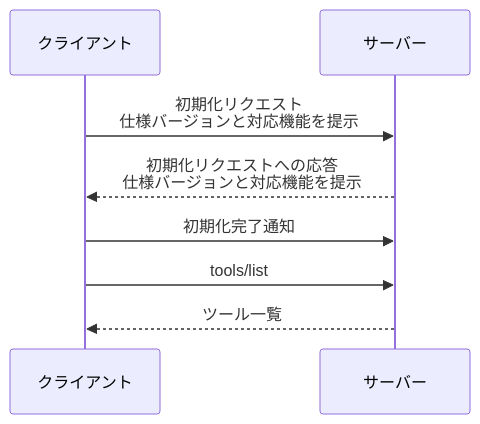
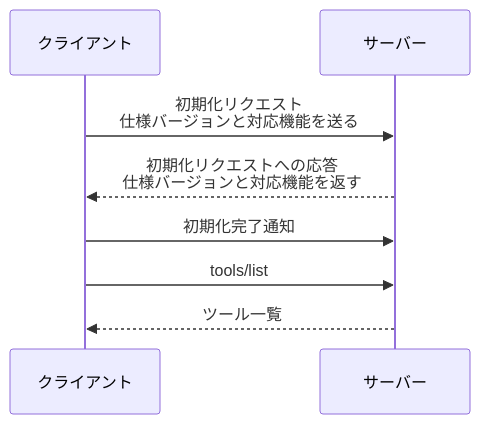
Before and after one commit to yamazaki-yuki-23/qiita-tech-blogs: the third of 6 diagrams in public/2026-08-mcp-2026-07-28.md, drawn with Mermaid. The commit also changed other lines of this file, not shown here.

````diff
--- a/public/2026-08-mcp-2026-07-28.md
+++ b/public/2026-08-mcp-2026-07-28.md
@@ -129,11 +131,11 @@
 ```mermaid
 sequenceDiagram
     participant C as クライアント
     participant S as サーバー
 
-    C->>S: 初期化リクエスト<br/>仕様バージョンと対応機能を提示
-    S-->>C: 初期化リクエストへの応答<br/>仕様バージョンと対応機能を提示
+    C->>S: 初期化リクエスト<br/>仕様バージョンと対応機能を送る
+    S-->>C: 初期化リクエストへの応答<br/>仕様バージョンと対応機能を返す
     C->>S: 初期化完了通知
     C->>S: tools/list
     S-->>C: ツール一覧
 ```
````
